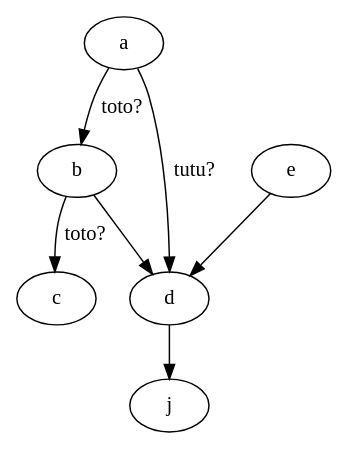
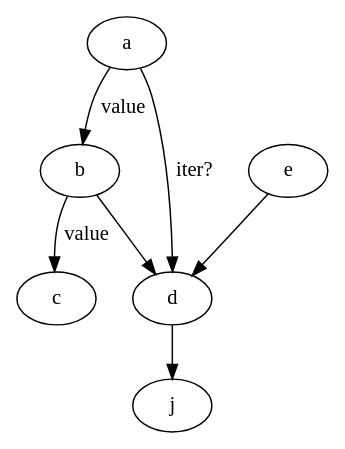
One commit to masters-info-nantes/ter-modeles changed the diagram in dotFile/test.dot. Above: the diagram before and after it, drawn with Graphviz. The commit also changed 4 other files, not shown here.

```diff
--- a/dotFile/test.dot
+++ b/dotFile/test.dot
@@ -1,7 +1,7 @@
  digraph mon_graphe {
-	a -> b -> c[label="toto?"];
+	a -> b -> c[label=value];
 	b -> d;
-	a->d[label="tutu?"];
+	a->d[label="iter?"];
 	e->d;
 	d-> j;
  }
```
